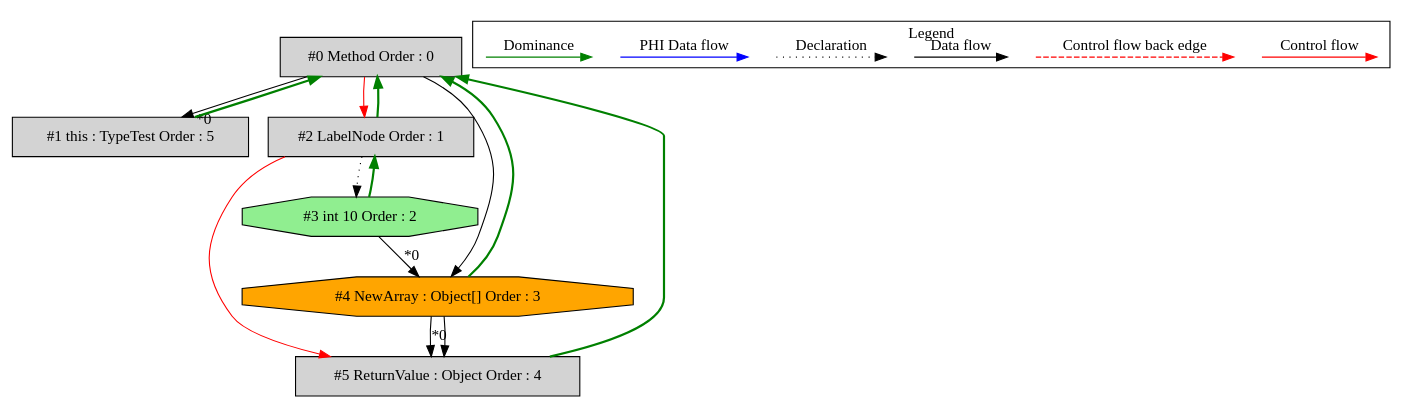
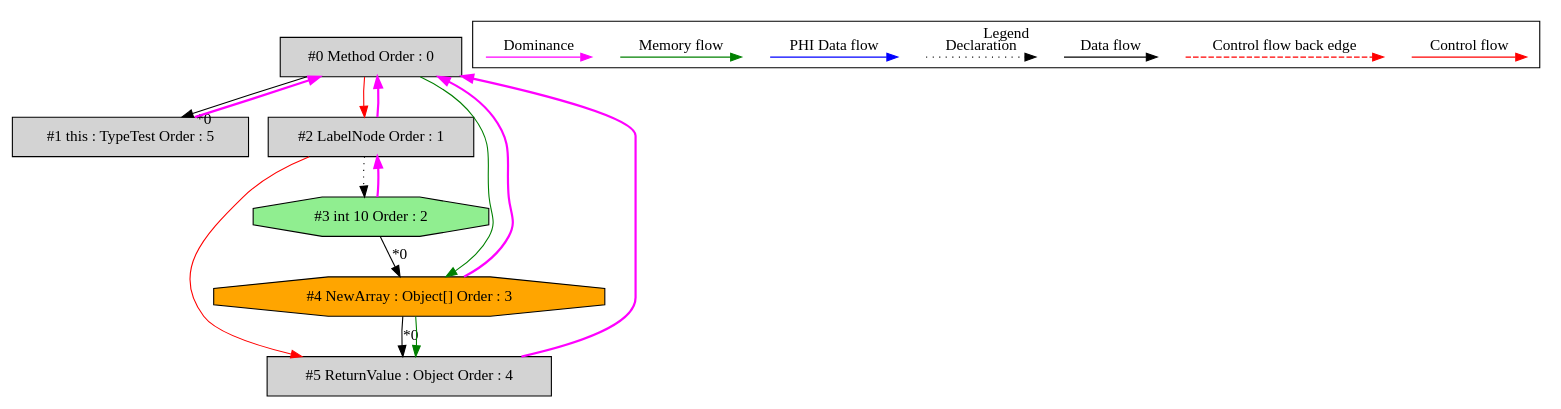
Before and after one commit to mirkosertic/MetaIR: the diagram in de.mirkosertic.metair.ir.examples.TypeTest/downCastReturnArray/ir_dominatortree.dot, drawn with Graphviz. The commit also changed 1502 other files, not shown here.

```diff
--- a/de.mirkosertic.metair.ir.examples.TypeTest/downCastReturnArray/ir_dominatortree.dot
+++ b/de.mirkosertic.metair.ir.examples.TypeTest/downCastReturnArray/ir_dominatortree.dot
@@ -1,48 +1,51 @@
 digraph debugoutput {
  ordering="in";
  node0[label="#0 Method Order : 0",shape=box, fillcolor=lightgrey, style=filled];
  node1[label="#1 this : TypeTest Order : 5",shape=box, fillcolor=lightgrey, style=filled];
- node1 -> node0[dir="forward" color="green" penwidth="2"];
+ node1 -> node0[dir="forward" color="fuchsia" penwidth="2"];
  node0 -> node1[headlabel="*0", labeldistance=2];
  node2[label="#2 LabelNode Order : 1",shape=box, fillcolor=lightgrey, style=filled];
- node2 -> node0[dir="forward" color="green" penwidth="2"];
+ node2 -> node0[dir="forward" color="fuchsia" penwidth="2"];
  node0 -> node2[labeldistance=2, color=red, fontcolor=red];
  node3[label="#3 int 10 Order : 2",shape=octagon, fillcolor=lightgreen, style=filled];
- node3 -> node2[dir="forward" color="green" penwidth="2"];
+ node3 -> node2[dir="forward" color="fuchsia" penwidth="2"];
  node2 -> node3[style=dotted];
  node4[label="#4 NewArray : Object[] Order : 3",shape=octagon, fillcolor=orange, style=filled];
- node4 -> node0[dir="forward" color="green" penwidth="2"];
+ node4 -> node0[dir="forward" color="fuchsia" penwidth="2"];
  node3 -> node4[headlabel="*0", labeldistance=2];
- node0 -> node4;
+ node0 -> node4[labeldistance=2, color=green, constraint=false];
  node5[label="#5 ReturnValue : Object Order : 4",shape=box, fillcolor=lightgrey, style=filled];
- node5 -> node0[dir="forward" color="green" penwidth="2"];
+ node5 -> node0[dir="forward" color="fuchsia" penwidth="2"];
  node4 -> node5[headlabel="*0", labeldistance=2];
  node2 -> node5[labeldistance=2, color=red, fontcolor=red];
- node4 -> node5;
+ node4 -> node5[labeldistance=2, color=green, constraint=false];
  subgraph cluster_000 {
   label = "Legend";
   node [shape=point]
   {
    rank=same;
    c0 [style = invis];
    c1 [style = invis];
    c2 [style = invis];
    c3 [style = invis];
    d0 [style = invis];
    d1 [style = invis];
    d2 [style = invis];
    d3 [style = invis];
    d4 [style = invis];
    d5 [style = invis];
    d6 [style = invis];
    d7 [style = invis];
+   d8 [style = invis];
+   d9 [style = invis];
   }
   c0 -> c1 [label="Control flow", style=solid, color=red]
   c2 -> c3 [label="Control flow back edge", style=dashed, color=red]
   d0 -> d1 [label="Data flow"]
   d2 -> d3 [label="Declaration", style=dotted]
   d4 -> d5 [label="PHI Data flow", color=blue]
-  d6 -> d7 [label="Dominance", color=green]
+  d6 -> d7 [label="Memory flow", color=green]
+  d8 -> d9 [label="Dominance", color=fuchsia, style=solid]
  }
 
 }
```
